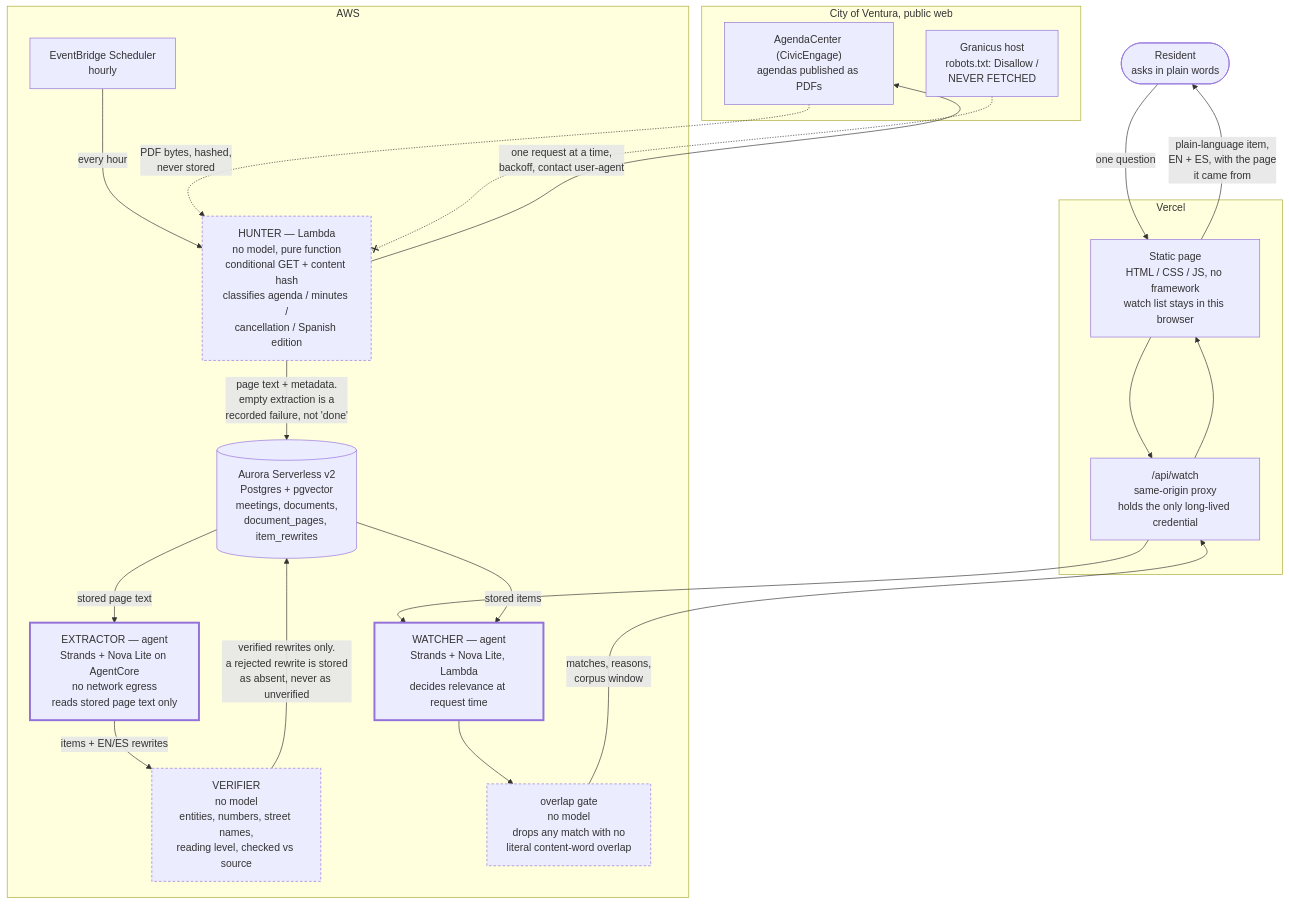
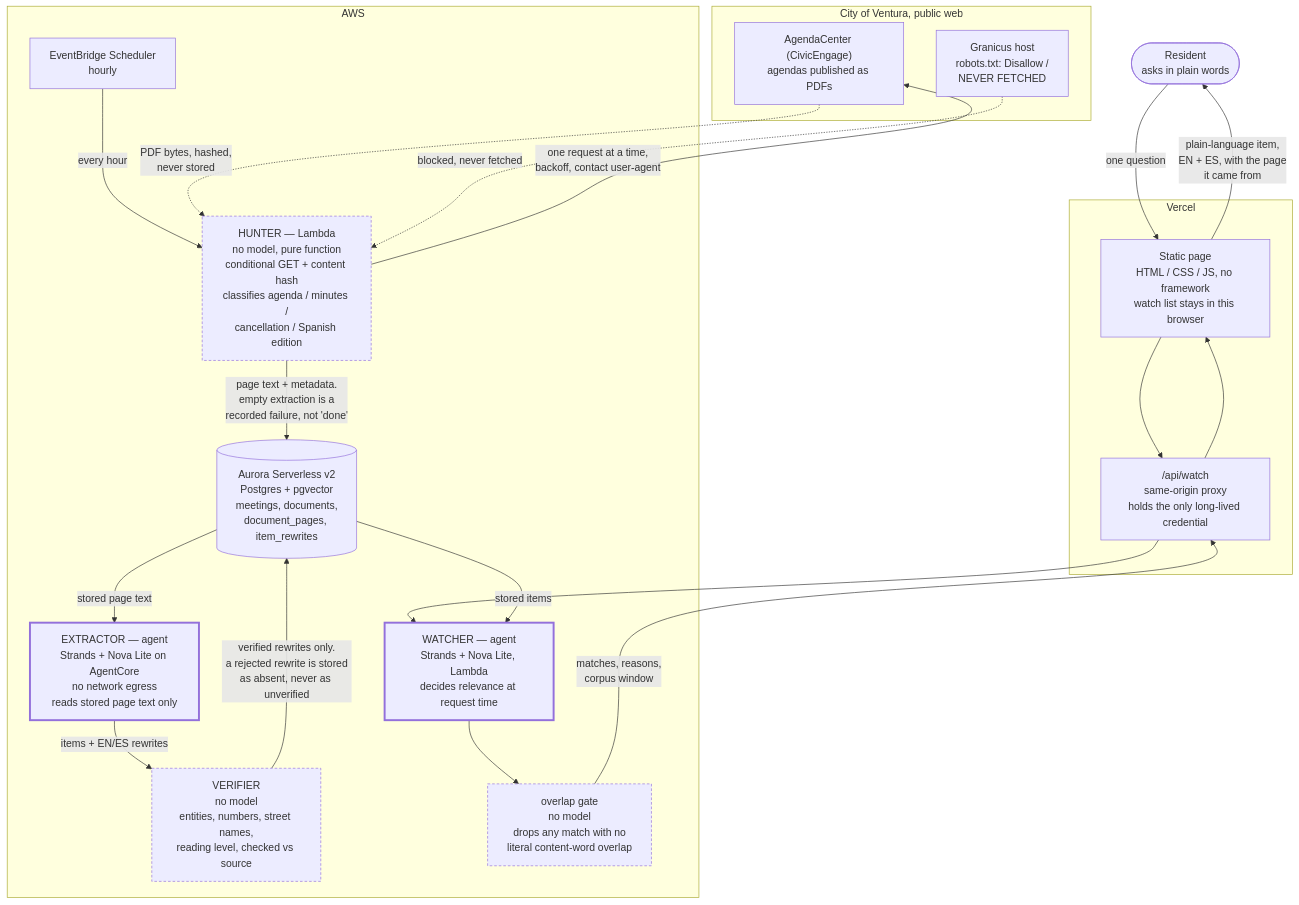
One commit to earlgreyhot1701D/porch-light changed the diagram in README.md. Above: the diagram before and after it, drawn with Mermaid.

Commit message:
docs: fix mermaid diagram not rendering on GitHub (replace fragile -.-x cross-arrow with a labeled dotted link)

````diff
--- a/README.md
+++ b/README.md
@@ -30,48 +30,48 @@
 ```mermaid
 flowchart TB
     USER(["Resident<br/>asks in plain words"])
 
     subgraph CITY["City of Ventura, public web"]
         AC["AgendaCenter (CivicEngage)<br/>agendas published as PDFs"]
         GR["Granicus host<br/>robots.txt: Disallow /<br/>NEVER FETCHED"]
     end
 
     subgraph EDGE["Vercel"]
         WEB["Static page<br/>HTML / CSS / JS, no framework<br/>watch list stays in this browser"]
         PROXY["/api/watch<br/>same-origin proxy<br/>holds the only long-lived credential"]
     end
 
     subgraph AWS["AWS"]
         EB["EventBridge Scheduler<br/>hourly"]
         HUN["HUNTER — Lambda<br/>no model, pure function<br/>conditional GET + content hash<br/>classifies agenda / minutes /<br/>cancellation / Spanish edition"]
         EXT["EXTRACTOR — agent<br/>Strands + Nova Lite on AgentCore<br/>no network egress<br/>reads stored page text only"]
         VER["VERIFIER<br/>no model<br/>entities, numbers, street names,<br/>reading level, checked vs source"]
         WAT["WATCHER — agent<br/>Strands + Nova Lite, Lambda<br/>decides relevance at request time"]
         GATE["overlap gate<br/>no model<br/>drops any match with no<br/>literal content-word overlap"]
         DB[("Aurora Serverless v2<br/>Postgres + pgvector<br/>meetings, documents,<br/>document_pages, item_rewrites")]
     end
 
     EB -->|"every hour"| HUN
     HUN -->|"one request at a time,<br/>backoff, contact user-agent"| AC
     AC -.->|"PDF bytes, hashed,<br/>never stored"| HUN
-    GR -.-x HUN
+    GR -.->|"blocked, never fetched"| HUN
     HUN -->|"page text + metadata.<br/>empty extraction is a<br/>recorded failure, not 'done'"| DB
 
     DB -->|"stored page text"| EXT
     EXT -->|"items + EN/ES rewrites"| VER
     VER -->|"verified rewrites only.<br/>a rejected rewrite is stored<br/>as absent, never as unverified"| DB
 
     USER -->|"one question"| WEB
     WEB --> PROXY
     PROXY --> WAT
     DB -->|"stored items"| WAT
     WAT --> GATE
     GATE -->|"matches, reasons,<br/>corpus window"| PROXY
     PROXY --> WEB
     WEB -->|"plain-language item,<br/>EN + ES, with the page<br/>it came from"| USER
 
     classDef agent stroke-width:3px
     classDef det stroke-dasharray:4 3
     class EXT,WAT agent
     class HUN,VER,GATE det
 ```
````
